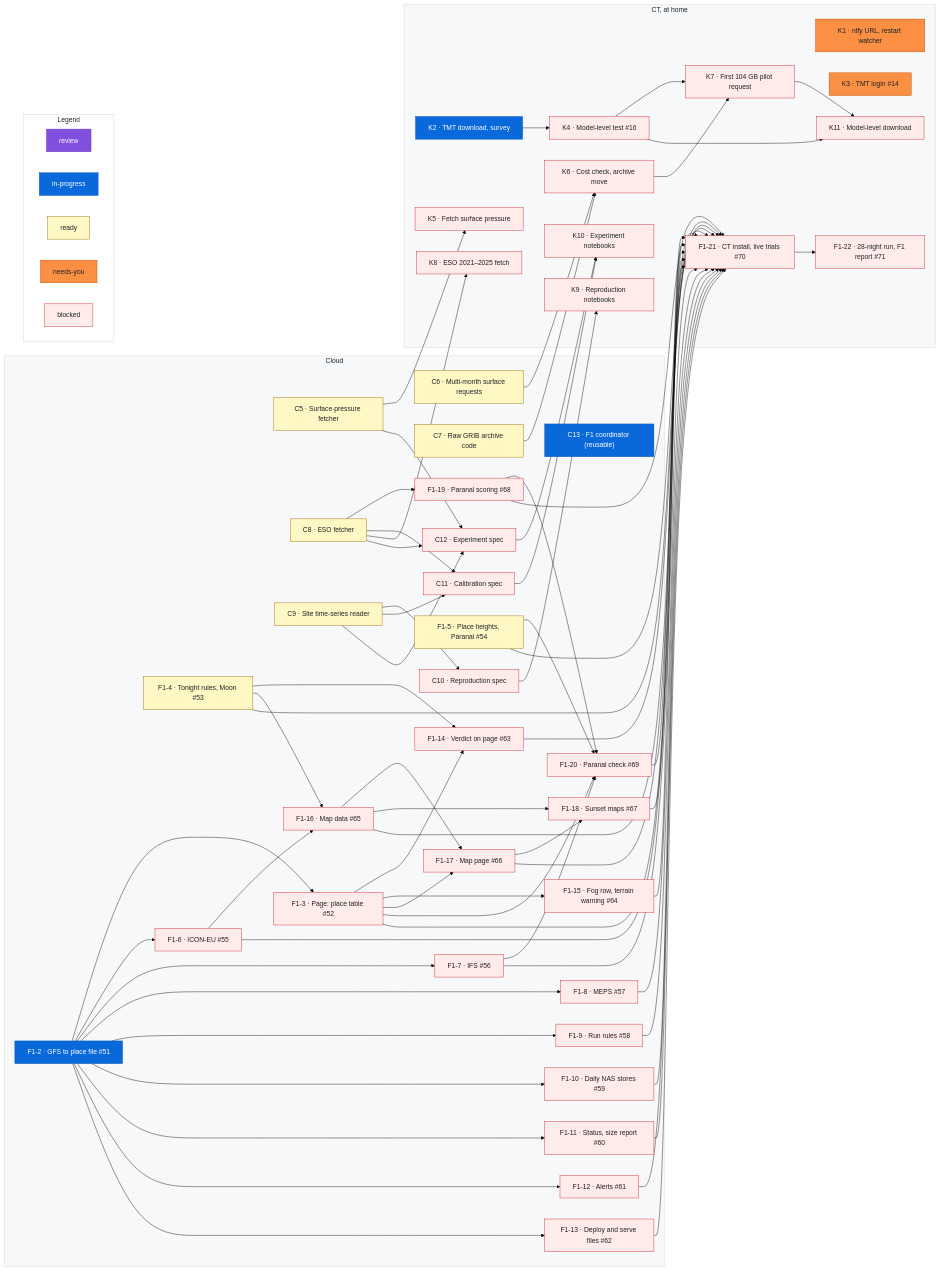
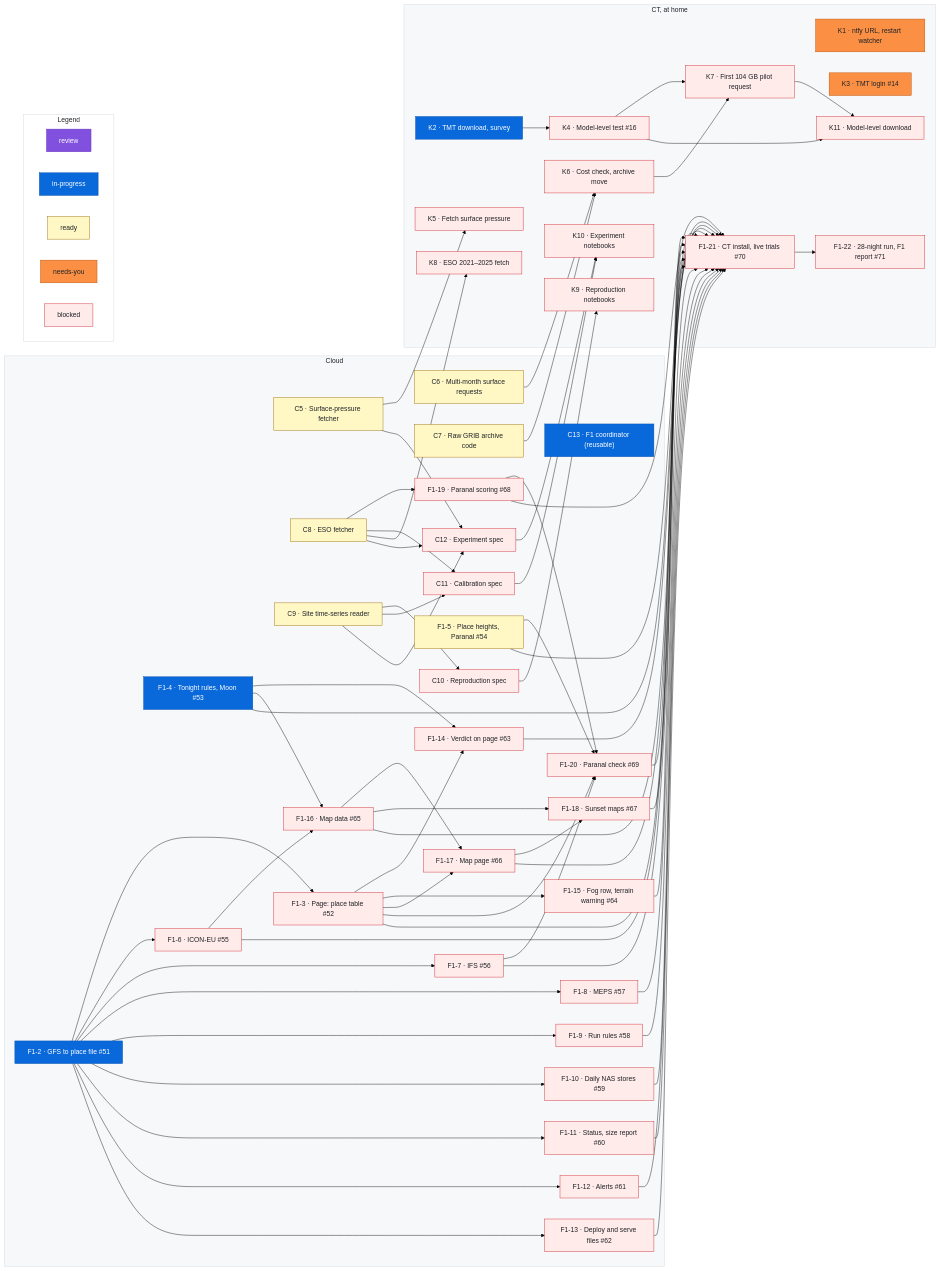
Before and after one commit to rrweller/Astro-seeing: the diagram in docs/roadmap.md, drawn with Mermaid (forest theme). The commit also changed other lines of this file, not shown here.

Commit message:
roadmap: F1-4 ready → in-progress

```diff
--- a/docs/roadmap.md
+++ b/docs/roadmap.md
@@ -248,7 +248,7 @@
   %% ---
   class F1_3 blocked
   %% ---
-  class F1_4 ready
+  class F1_4 inprogress
   %% ---
   class F1_5 ready
   %% ---
```
